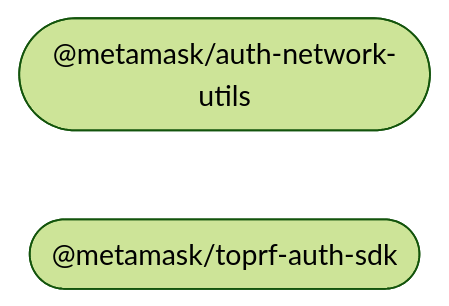
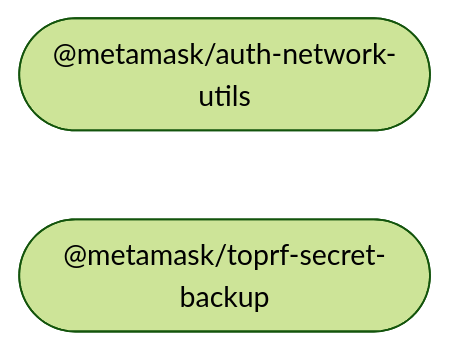
One commit to MetaMask/toprf-secure-backup changed the diagram in README.md. Above: the diagram before and after it, drawn with Mermaid (forest theme). The commit also changed other lines of this file and 41 other files, not shown here.

````diff
--- a/README.md
+++ b/README.md
@@ -30,7 +30,7 @@
 ```mermaid
 %%{ init: { 'flowchart': { 'curve': 'bumpX' } } }%%
 graph LR;
 linkStyle default opacity:0.5
   auth_network_utils(["@metamask/auth-network-utils"]);
-  toprf_auth_sdk(["@metamask/toprf-auth-sdk"]);
+  toprf_auth_sdk(["@metamask/toprf-secret-backup"]);
 ```
````
